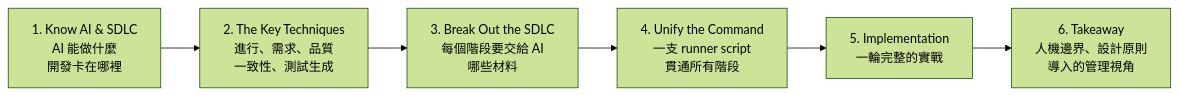
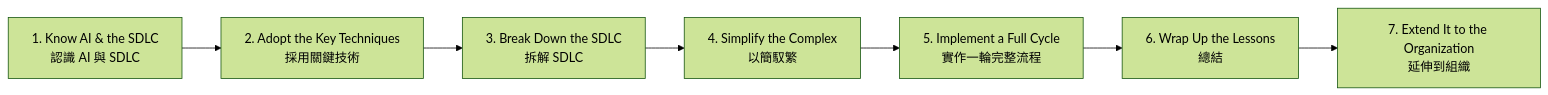
One commit to uniheart-tw/ai-sdlc changed the first of 11 diagrams in docs/courses/AI-SDLC-present.md. Above: the diagram before and after it, drawn with Mermaid (forest theme). The commit also changed other lines of this file and 1 other file, not shown here.

First line of the commit message:
docs(courses): restructure AI-SDLC curriculum from 6 to 7 steps

````diff
--- a/docs/courses/AI-SDLC-present.md
+++ b/docs/courses/AI-SDLC-present.md
@@ -18,8 +18,9 @@
 ```mermaid
 flowchart LR
-    K["1. Know AI & SDLC<br/>AI 能做什麼<br/>開發卡在哪裡"] --> T["2. The Key Techniques<br/>進行、需求、品質<br/>一致性、測試生成"]
-    T --> B["3. Break Out the SDLC<br/>每個階段要交給 AI<br/>哪些材料"]
-    B --> U["4. Unify the Command<br/>一支 runner script<br/>貫通所有階段"]
-    U --> I["5. Implementation<br/>一輪完整的實戰"]
-    I --> W["6. Takeaway<br/>人機邊界、設計原則<br/>導入的管理視角"]
+    K["1. Know AI & the SDLC<br/>認識 AI 與 SDLC"] --> T["2. Adopt the Key Techniques<br/>採用關鍵技術"]
+    T --> B["3. Break Down the SDLC<br/>拆解 SDLC"]
+    B --> U["4. Simplify the Complex<br/>以簡馭繁"]
+    U --> I["5. Implement a Full Cycle<br/>實作一輪完整流程"]
+    I --> W["6. Wrap Up the Lessons<br/>總結"]
+    W --> E["7. Extend It to the Organization<br/>延伸到組織"]
 ```
````
